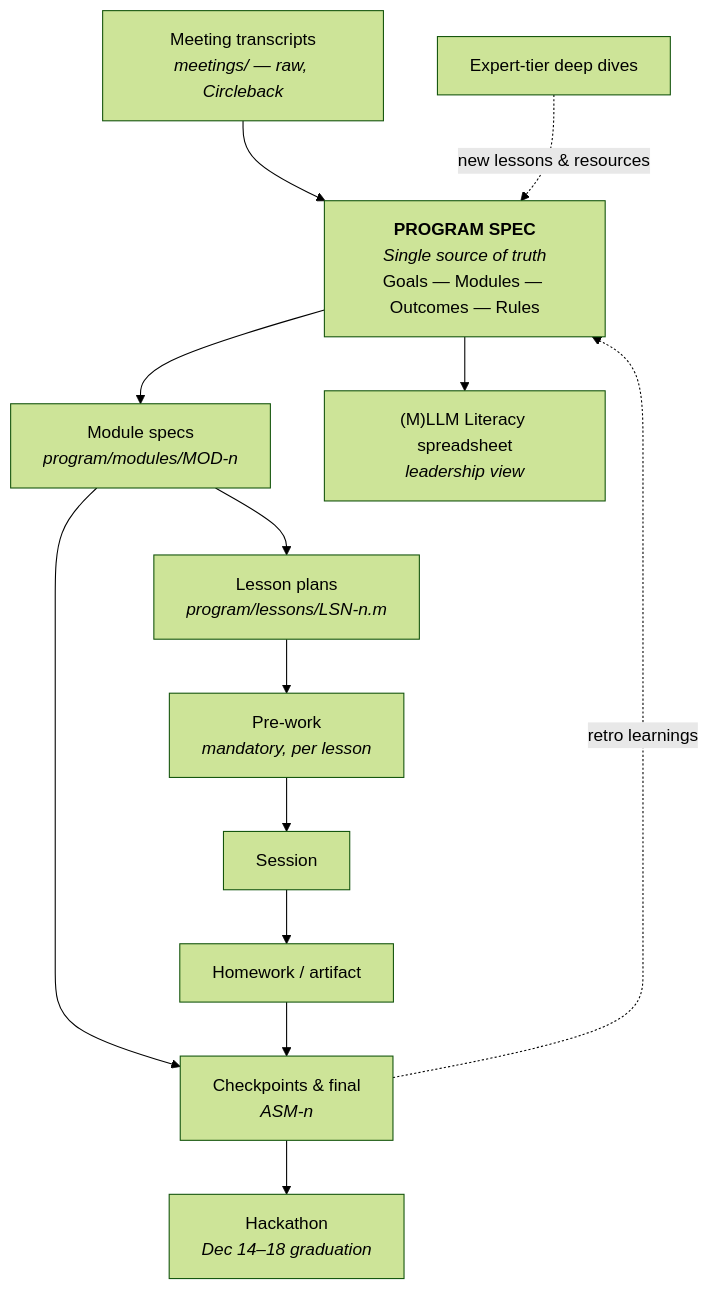
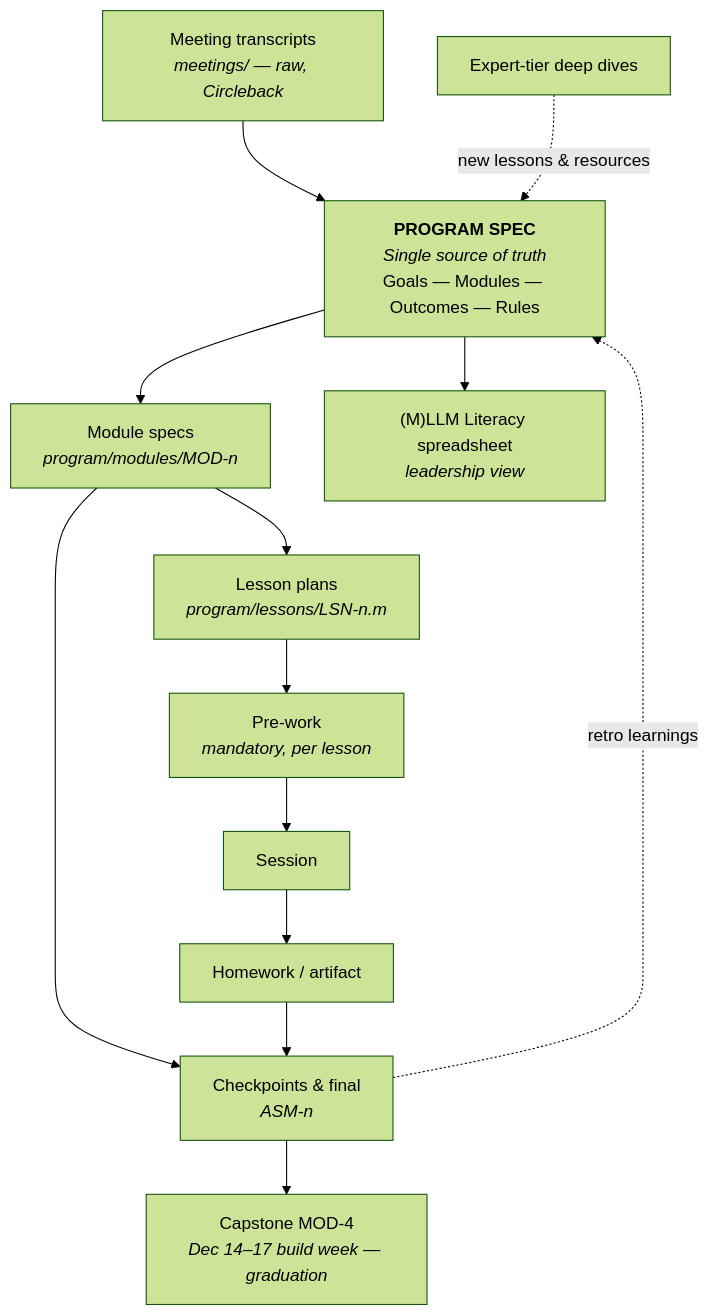
One commit to tylergoble-VSP/VSP-AI-ML-Training changed the first of 2 diagrams in program/program-spec.md. Above: the diagram before and after it, drawn with Mermaid (forest theme). The commit also changed other lines of this file and 32 other files, not shown here.

````diff
--- a/program/program-spec.md
+++ b/program/program-spec.md
@@ -15,19 +17,19 @@
 ```mermaid
 graph TD
     TRANSCRIPT["Meeting transcripts<br/><i>meetings/ — raw, Circleback</i>"] --> SPEC
     SPEC["<b>PROGRAM SPEC</b><br/><i>Single source of truth</i><br/>Goals — Modules — Outcomes — Rules"]
 
     SPEC --> MODULES["Module specs<br/><i>program/modules/MOD-n</i>"]
     MODULES --> LESSONS["Lesson plans<br/><i>program/lessons/LSN-n.m</i>"]
     MODULES --> ASSESS["Checkpoints & final<br/><i>ASM-n</i>"]
     LESSONS --> PREWORK["Pre-work<br/><i>mandatory, per lesson</i>"]
     PREWORK --> SESSION["Session"]
     SESSION --> HOMEWORK["Homework / artifact"]
     HOMEWORK --> ASSESS
-    ASSESS --> HACKATHON["Hackathon<br/><i>Dec 14–18 graduation</i>"]
+    ASSESS --> CAPSTONE["Capstone MOD-4<br/><i>Dec 14–17 build week — graduation</i>"]
 
     SPEC --> SHEET["(M)LLM Literacy spreadsheet<br/><i>leadership view</i>"]
 
     ASSESS -.->|retro learnings| SPEC
     EXPERT["Expert-tier deep dives"] -.->|new lessons & resources| SPEC
 ```
````
